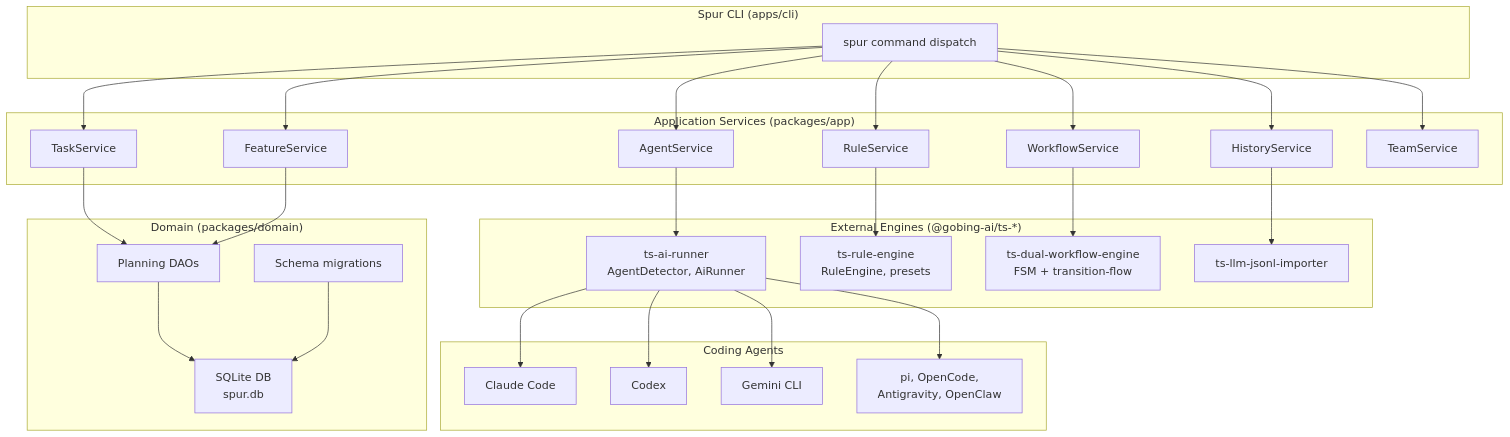
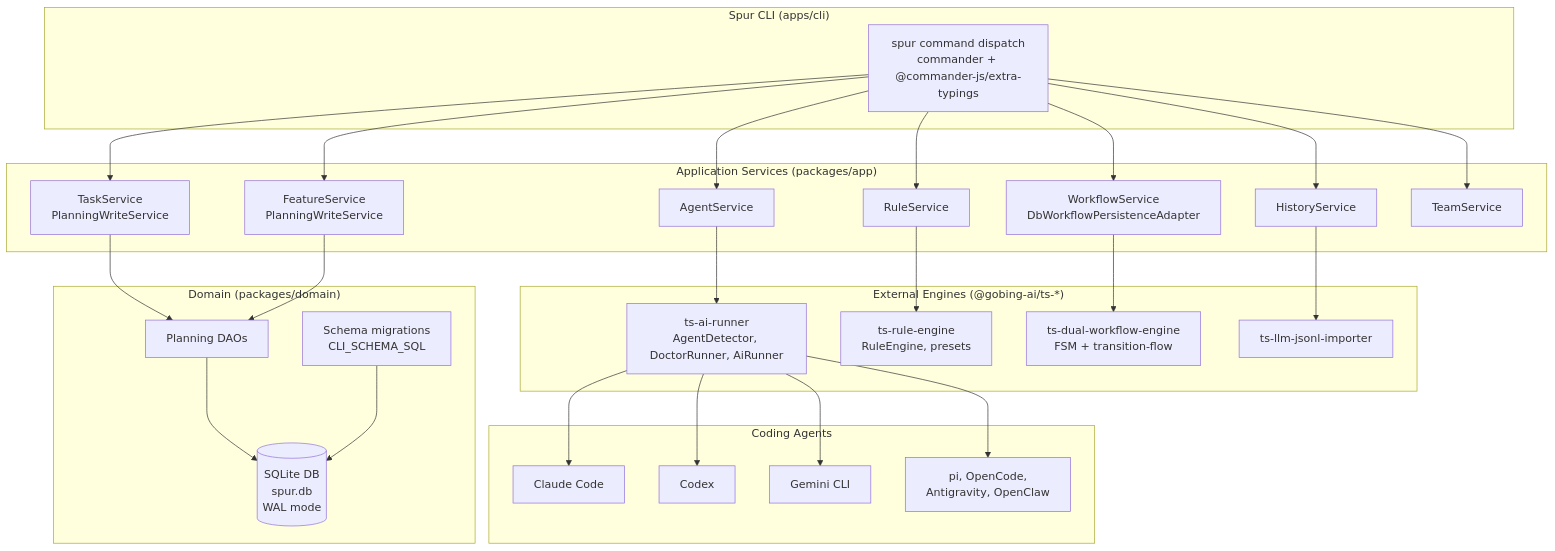
The diagram in docs/help/index.md (gobing-ai/spur), drawn with Mermaid before and after one commit. The commit also changed other lines of this file and 4 other files, not shown here.

````diff
--- a/docs/help/index.md
+++ b/docs/help/index.md
@@ -55,44 +55,44 @@
 ```mermaid
 graph TB
     subgraph "Spur CLI (apps/cli)"
-        CLI[spur command dispatch]
+        CLI[spur command dispatch<br/>commander + @commander-js/extra-typings]
     end
 
     subgraph "Application Services (packages/app)"
         AgentSvc[AgentService]
         RuleSvc[RuleService]
-        WorkflowSvc[WorkflowService]
-        TaskSvc[TaskService]
-        FeatureSvc[FeatureService]
+        WorkflowSvc[WorkflowService<br/>DbWorkflowPersistenceAdapter]
+        TaskSvc[TaskService<br/>PlanningWriteService]
+        FeatureSvc[FeatureService<br/>PlanningWriteService]
         HistorySvc[HistoryService]
         TeamSvc[TeamService]
     end
 
     subgraph "Domain (packages/domain)"
-        DB[SQLite DB<br/>spur.db]
-        Migrations[Schema migrations]
+        DB[(SQLite DB<br/>spur.db<br/>WAL mode)]
+        Migrations[Schema migrations<br/>CLI_SCHEMA_SQL]
         PlanningDAOs[Planning DAOs]
     end
 
     subgraph "External Engines (@gobing-ai/ts-*)"
-        AiRunner[ts-ai-runner<br/>AgentDetector, AiRunner]
+        AiRunner[ts-ai-runner<br/>AgentDetector, DoctorRunner, AiRunner]
         RuleEngine[ts-rule-engine<br/>RuleEngine, presets]
         WorkflowEngine[ts-dual-workflow-engine<br/>FSM + transition-flow]
         JsonlImporter[ts-llm-jsonl-importer]
     end
 
     subgraph "Coding Agents"
         Claude[Claude Code]
         Codex[Codex]
         Gemini[Gemini CLI]
         Others[pi, OpenCode,<br/>Antigravity, OpenClaw]
     end
 
     CLI --> AgentSvc & RuleSvc & WorkflowSvc & TaskSvc & FeatureSvc & HistorySvc & TeamSvc
     AgentSvc --> AiRunner --> Claude & Codex & Gemini & Others
     RuleSvc --> RuleEngine
     WorkflowSvc --> WorkflowEngine
     HistorySvc --> JsonlImporter
     TaskSvc & FeatureSvc --> PlanningDAOs --> DB
     Migrations --> DB
 ```
````
